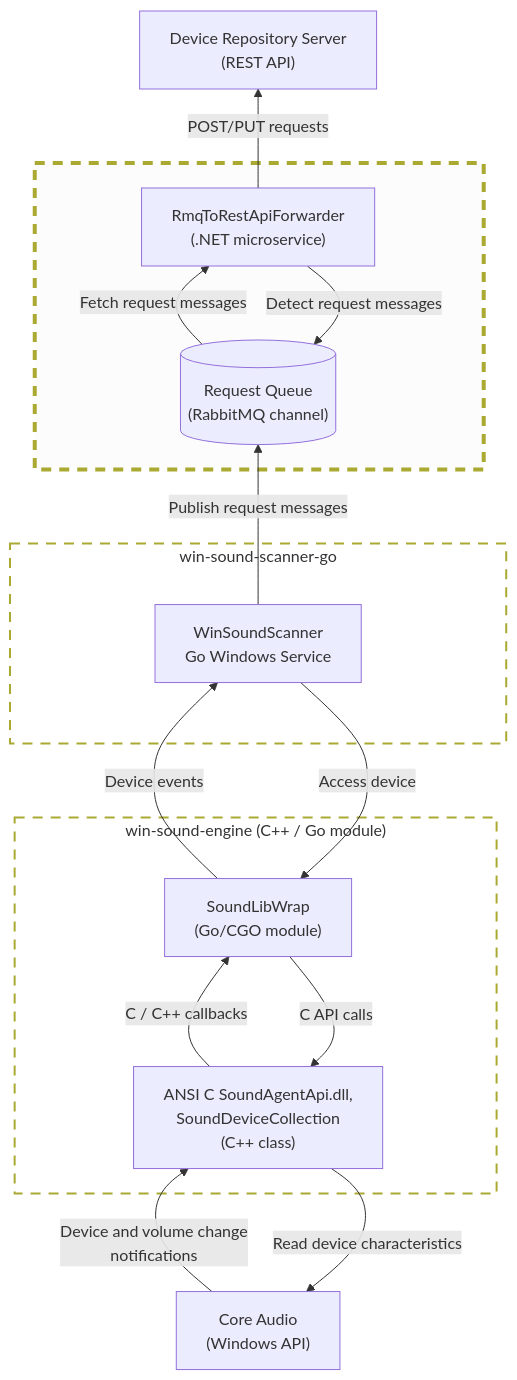
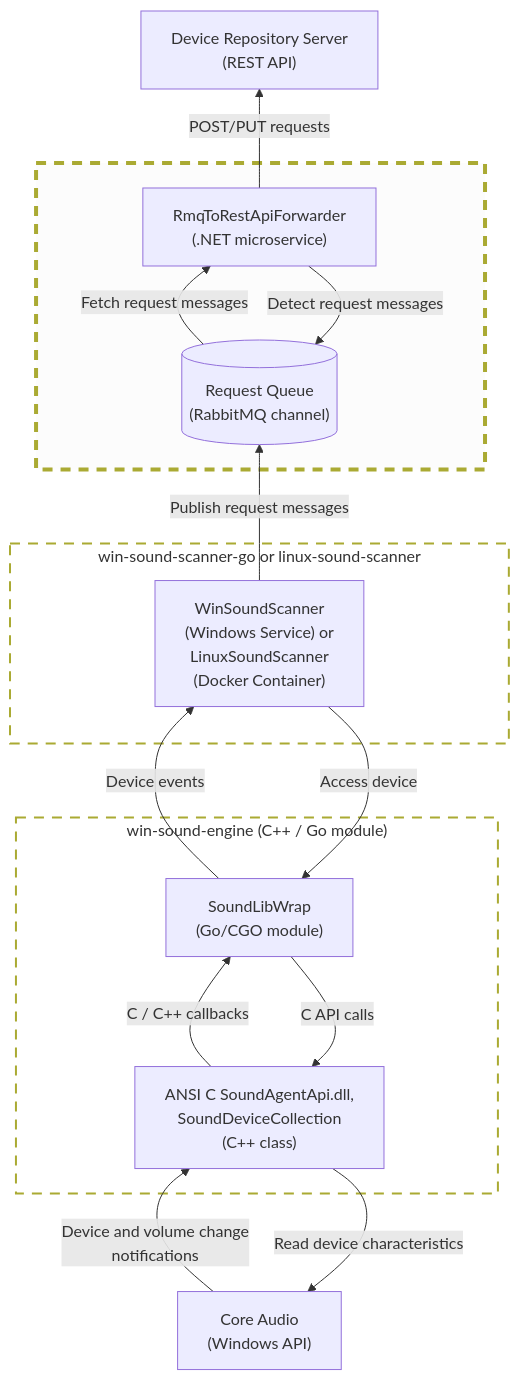
One commit to collect-sound-devices/rmq-to-rest-api-forwarder changed the first of 2 diagrams in README.md. Above: the diagram before and after it, drawn with Mermaid.

Commit message:
Update scannerService description in README.md

````diff
--- a/README.md
+++ b/README.md
@@ -13,51 +13,51 @@
 ```mermaid
 flowchart BT
 
 classDef dottedBox fill:transparent, fill-opacity:0.55, stroke-dasharray:10 8, stroke-width:2px;
 classDef stressedBox fill:#f0f0f0, fill-opacity:0.2, stroke-dasharray:10 8, stroke-width:4px;
 classDef invisibleNode fill:transparent, stroke:transparent;
 
 coreAudioApi["Core Audio<br>(Windows API)"]
 
 subgraph scannerBackend["win-sound-engine (C++ / Go module)"]
     invisible3["<br><br><br><br><br>"]
     class invisible3 invisibleNode
     goCgoWrapper["SoundLibWrap<br>(Go/CGO module)"]
     soundAgentApiDll["ANSI C SoundAgentApi.dll,<br>SoundDeviceCollection<br>(C++ class)"]
     invisible4["<br><br><br><br><br>"]
     class invisible4 invisibleNode
 end
 class scannerBackend dottedBox
 
 coreAudioApi -->|Device and volume change<br>notifications| soundAgentApiDll
 soundAgentApiDll --> |Read device characteristics| coreAudioApi
 
-subgraph scannerService["win-sound-scanner-go"]
+subgraph scannerService["win-sound-scanner-go or linux-sound-scanner"]
     invisible1["<br><br><br><br><br>"]
     class invisible1 invisibleNode
-    winSoundScannerService["WinSoundScanner<br>Go Windows Service"]
+    winSoundScannerService["WinSoundScanner<br>(Windows Service) or<br>LinuxSoundScanner<br>(Docker Container)"]
     invisible2["<br><br><br><br><br>"]
     class invisible2 invisibleNode
 end
 class scannerService dottedBox
 
 subgraph requestQueueMicroservice["<br>"]
     requestQueue[("Request Queue<br>(RabbitMQ channel)")]
     rabbitMqRestForwarder["RmqToRestApiForwarder<br>(.NET microservice)"]
 end
 class requestQueueMicroservice stressedBox
 
 deviceRepositoryApi["Device Repository Server<br>(REST API)"]
 
 winSoundScannerService --> |Access device| goCgoWrapper
 goCgoWrapper -->|Device events| winSoundScannerService
 
 goCgoWrapper --> |C API calls| soundAgentApiDll
 soundAgentApiDll -->|C / C++ callbacks| goCgoWrapper
 
 winSoundScannerService -->|Publish request messages| requestQueue
 
 requestQueue -->|Fetch request messages| rabbitMqRestForwarder
 rabbitMqRestForwarder --> |Detect request messages| requestQueue
 rabbitMqRestForwarder -->|POST/PUT requests| deviceRepositoryApi
 ```
````
